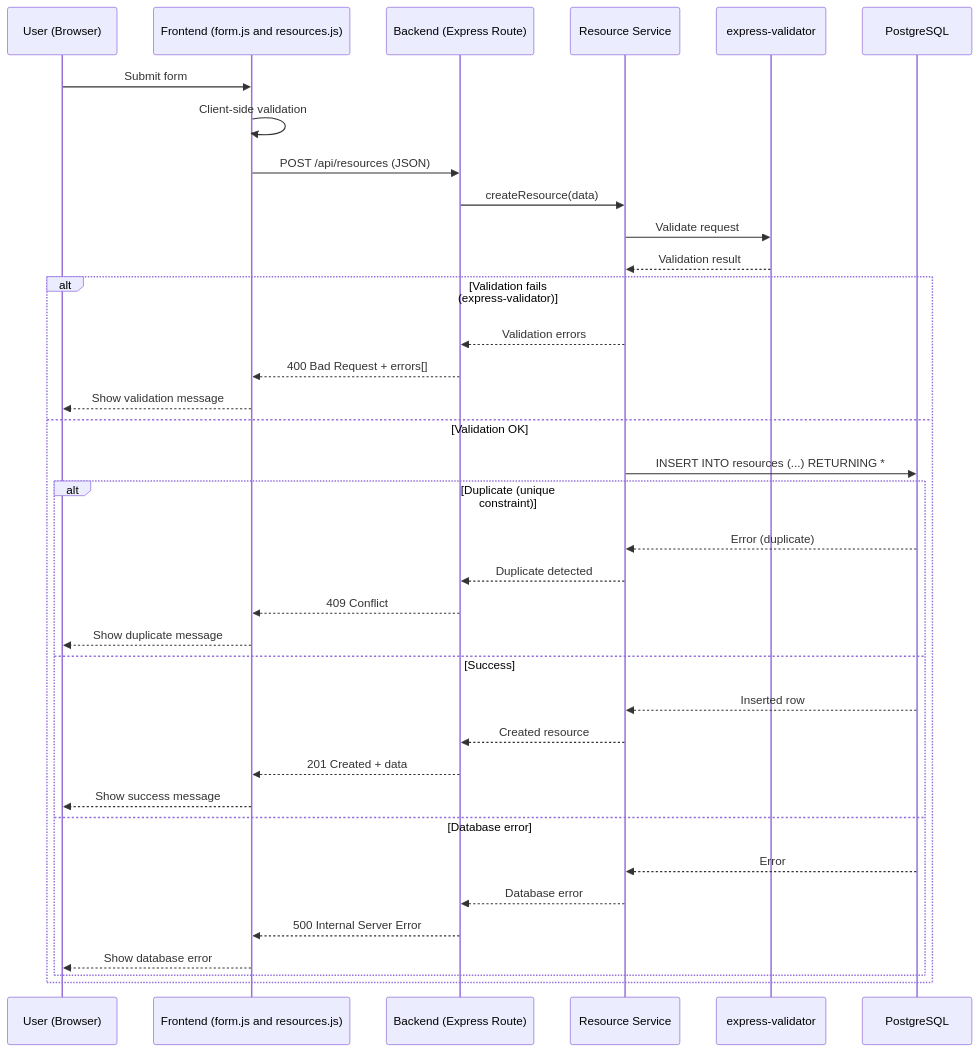
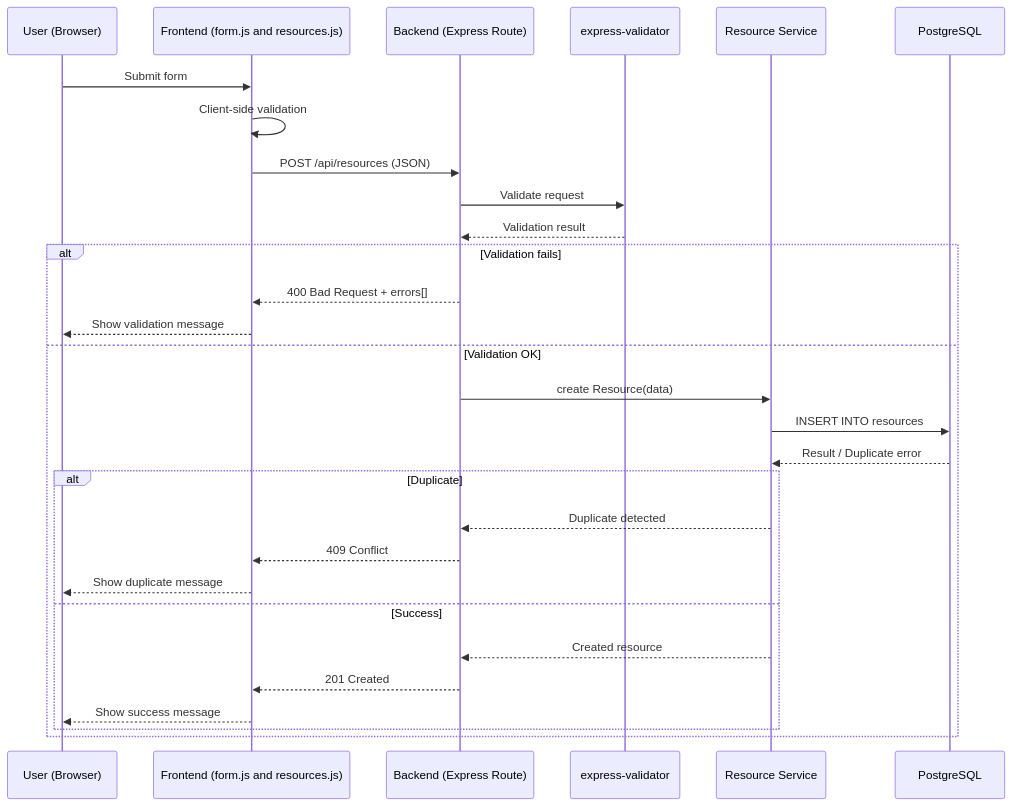
The first of 5 diagrams in BookingSystemPhase6/G1_CRUD_DataFlow.md (Mehdi-Mor/AdvancedWebDev), drawn with Mermaid before and after one commit. The commit also changed other lines of this file, not shown here.

````diff
--- a/BookingSystemPhase6/G1_CRUD_DataFlow.md
+++ b/BookingSystemPhase6/G1_CRUD_DataFlow.md
@@ -3,42 +3,35 @@
 ```mermaid
 sequenceDiagram
     participant U as User (Browser)
     participant F as Frontend (form.js and resources.js)
     participant B as Backend (Express Route)
+    participant V as express-validator
     participant S as Resource Service
-    participant V as express-validator
     participant DB as PostgreSQL
 
     U->>F: Submit form
     F->>F: Client-side validation
     F->>B: POST /api/resources (JSON)
-    B->>S: createResource(data)
 
-    S->>V: Validate request
-    V-->>S: Validation result
+    B->>V: Validate request
+    V-->>B: Validation result
 
-    alt Validation fails (express-validator)
-        S-->>B: Validation errors
+    alt Validation fails
         B-->>F: 400 Bad Request + errors[]
         F-->>U: Show validation message
     else Validation OK
-        S->>DB: INSERT INTO resources (...) RETURNING *
+        B->>S: create Resource(data)
+        S->>DB: INSERT INTO resources
+        DB-->>S: Result / Duplicate error
 
-        alt Duplicate (unique constraint)
-            DB-->>S: Error (duplicate)
+        alt Duplicate
             S-->>B: Duplicate detected
             B-->>F: 409 Conflict
             F-->>U: Show duplicate message
         else Success
-            DB-->>S: Inserted row
             S-->>B: Created resource
-            B-->>F: 201 Created + data
+            B-->>F: 201 Created
             F-->>U: Show success message
-        else Database error
-            DB-->>S: Error
-            S-->>B: Database error
-            B-->>F: 500 Internal Server Error
-            F-->>U: Show database error
         end
     end
 ```
````
